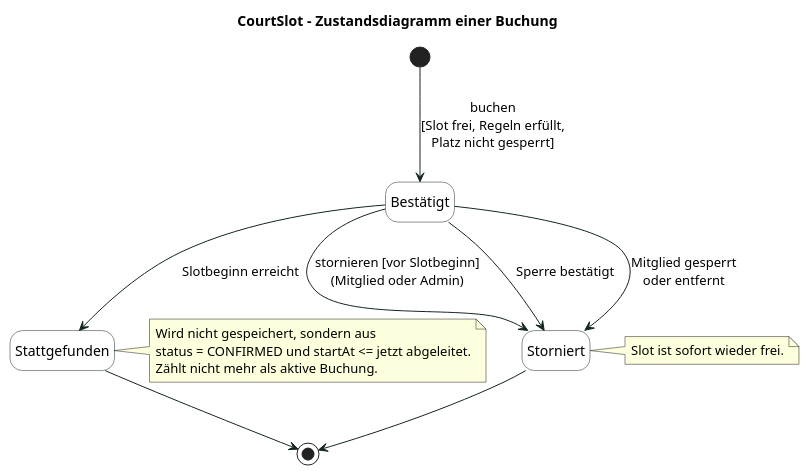
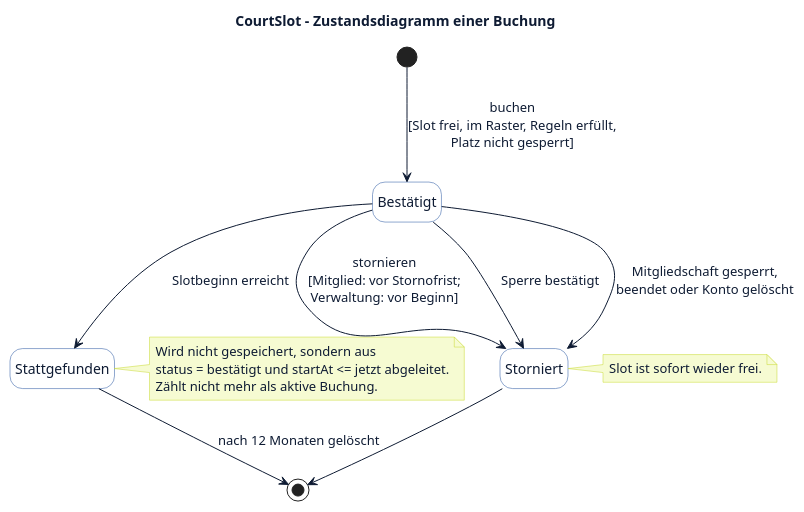
The diagram in docs/uml/03_zustand_buchung.puml (pasi140802/Anwendungsentwicklung), drawn with PlantUML before and after one commit. The commit also changed 26 other files, not shown here.

First line of the commit message:
UML-Diagramme auf Plattform-Modell und App-Farben aktualisiert

```diff
--- a/docs/uml/03_zustand_buchung.puml
+++ b/docs/uml/03_zustand_buchung.puml
@@ -1,34 +1,37 @@
 @startuml zustand_buchung
 title CourtSlot – Zustandsdiagramm einer Buchung
 skinparam shadowing false
-skinparam ArrowColor #13261F
+skinparam ArrowColor #0e1b33
 skinparam defaultFontName Arial
+skinparam defaultFontColor #0e1b33
 skinparam state {
   BackgroundColor #FFFFFF
-  BorderColor #13261F
+  BorderColor #1f4e9c
 }
+skinparam noteBackgroundColor #f6fbd2
+skinparam noteBorderColor #c6d82c
 hide empty description
 
-[*] --> Bestaetigt : buchen\n[Slot frei, Regeln erfüllt,\nPlatz nicht gesperrt]
+[*] --> Bestaetigt : buchen\n[Slot frei, im Raster, Regeln erfüllt,\nPlatz nicht gesperrt]
 
 state "Bestätigt" as Bestaetigt
 state "Storniert" as Storniert
 state "Stattgefunden" as Stattgefunden
 
-Bestaetigt --> Storniert : stornieren [vor Slotbeginn]\n(Mitglied oder Admin)
+Bestaetigt --> Storniert : stornieren\n[Mitglied: vor Stornofrist;\nVerwaltung: vor Beginn]
 Bestaetigt --> Storniert : Sperre bestätigt
-Bestaetigt --> Storniert : Mitglied gesperrt\noder entfernt
+Bestaetigt --> Storniert : Mitgliedschaft gesperrt,\nbeendet oder Konto gelöscht
 Bestaetigt --> Stattgefunden : Slotbeginn erreicht
 
 Storniert --> [*]
-Stattgefunden --> [*]
+Stattgefunden --> [*] : nach 12 Monaten gelöscht
 
 note right of Stattgefunden
   Wird nicht gespeichert, sondern aus
-  status = CONFIRMED und startAt <= jetzt abgeleitet.
+  status = bestätigt und startAt <= jetzt abgeleitet.
   Zählt nicht mehr als aktive Buchung.
 end note
 note right of Storniert
   Slot ist sofort wieder frei.
 end note
 @enduml
```
